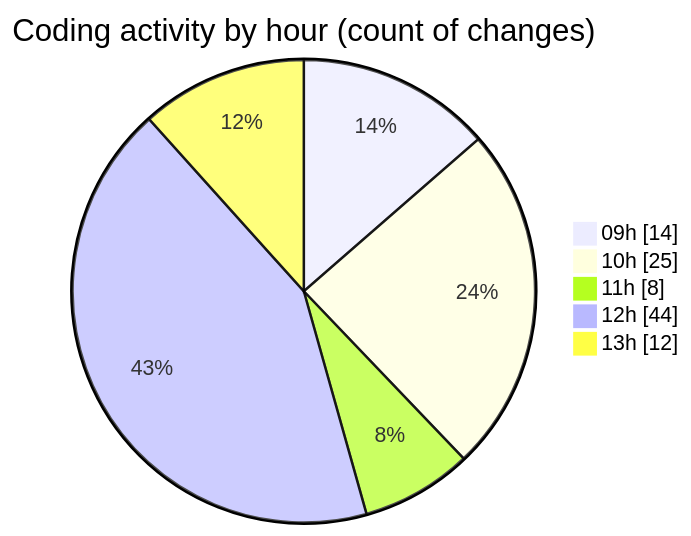
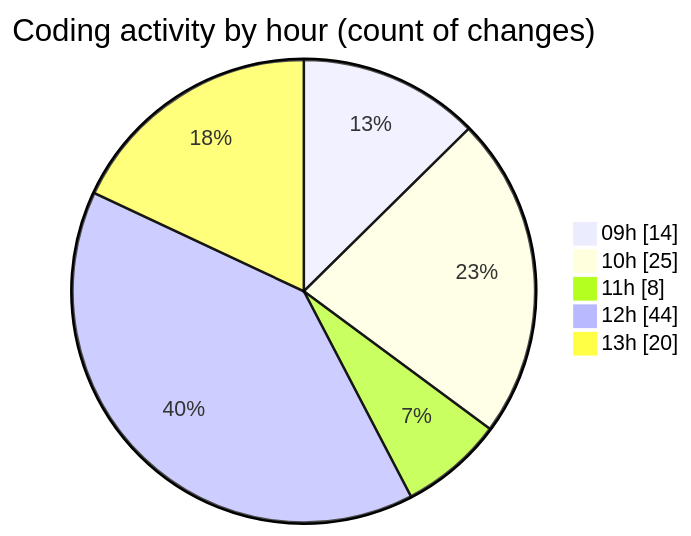
Before and after one commit to momahboobian/code-tracking: the second of 2 diagrams in 2025-06-03/cda/README.md, drawn with Mermaid. The commit also changed other lines of this file and 1 other file, not shown here.

````diff
--- a/2025-06-03/cda/README.md
+++ b/2025-06-03/cda/README.md
@@ -33,9 +33,9 @@
 ```mermaid
 pie showData
 title Coding activity by hour (count of changes)
 "09h" : 14
 "10h" : 25
 "11h" : 8
 "12h" : 44
-"13h" : 12
+"13h" : 20
 ```
````
